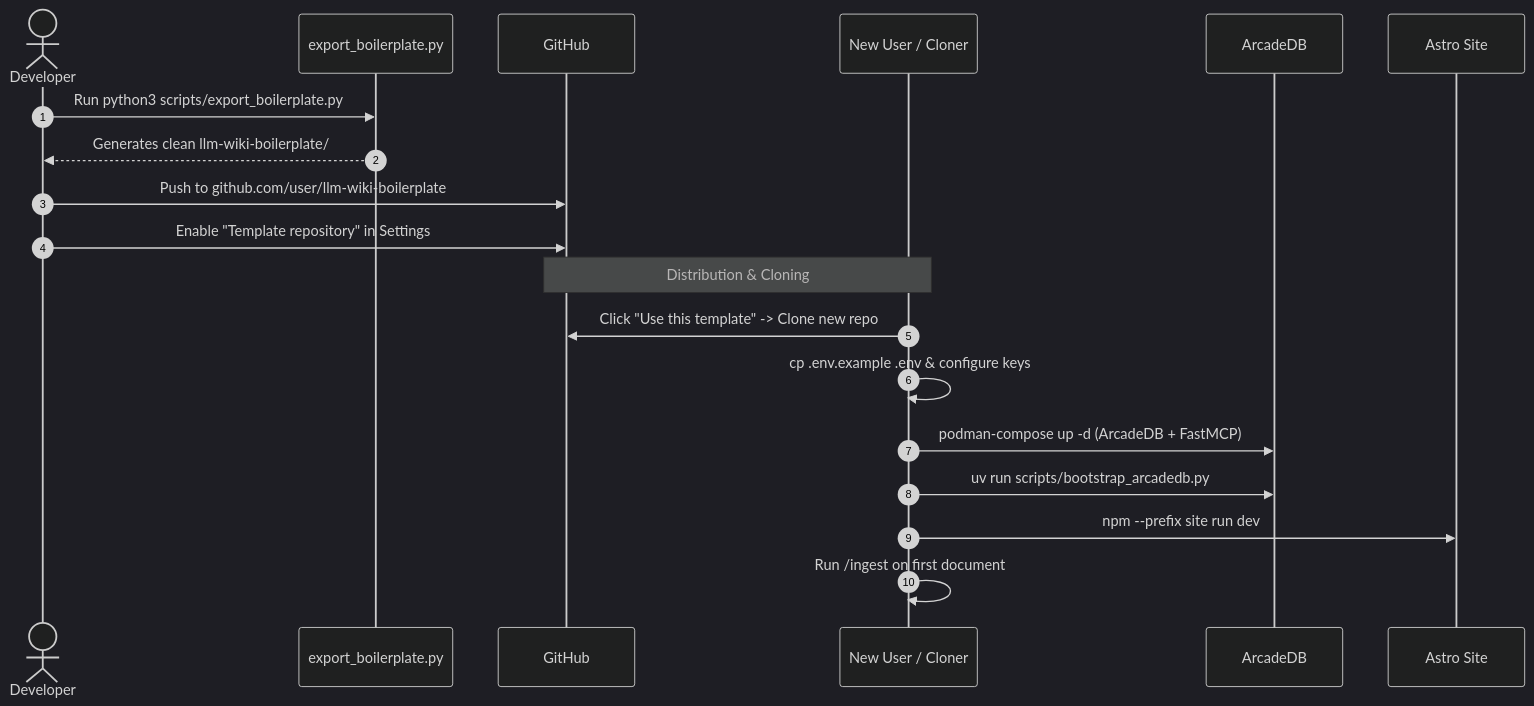
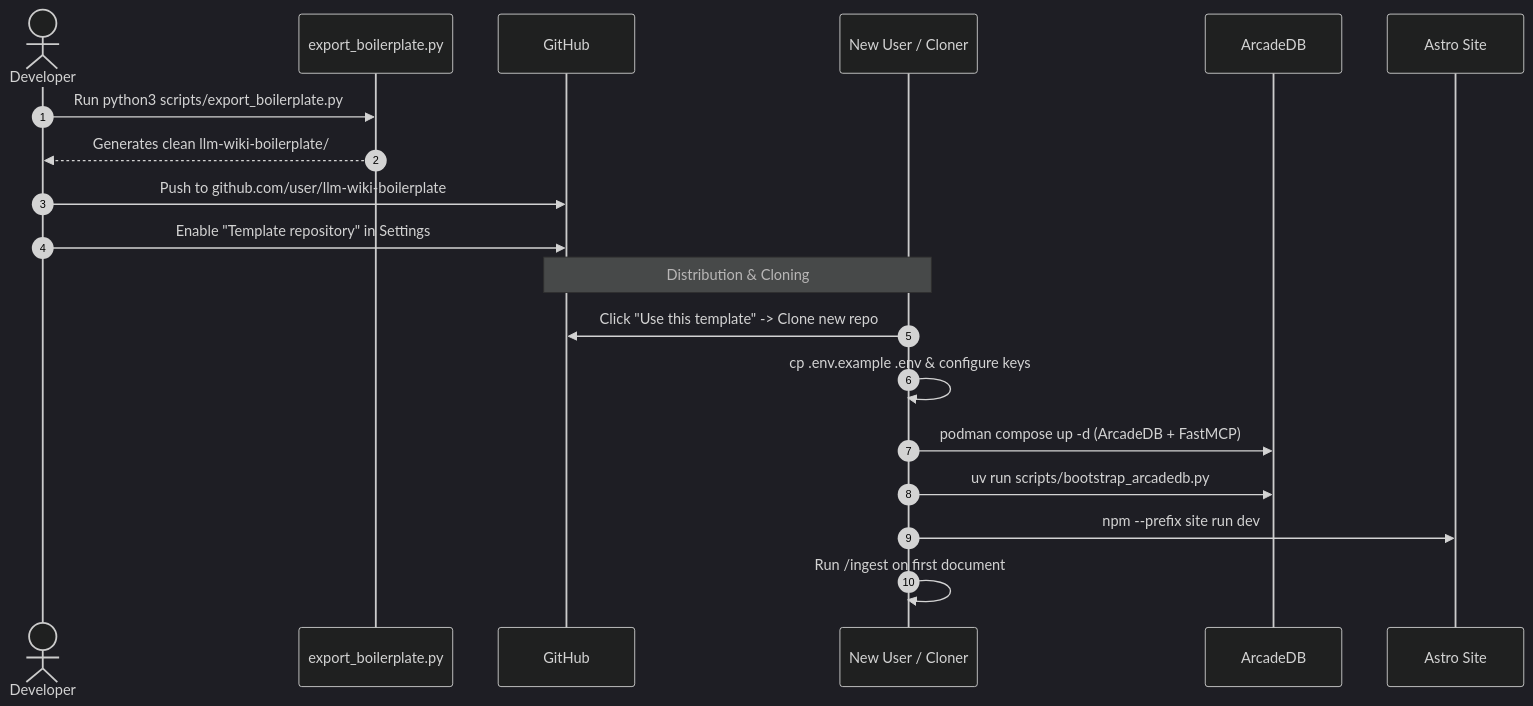
Before and after one commit to litznerski/llm-wiki-news: the second of 3 diagrams in setup/boilerplate_architecture_and_clean_clone_guide.md, drawn with Mermaid (dark theme). The commit also changed other lines of this file and 6 other files, not shown here.

Commit message:
Updated the compose commands across the repository to use podman compose

````diff
--- a/setup/boilerplate_architecture_and_clean_clone_guide.md
+++ b/setup/boilerplate_architecture_and_clean_clone_guide.md
@@ -478,23 +478,23 @@
 ```mermaid
 sequenceDiagram
     autonumber
     actor Dev as Developer
     participant Script as export_boilerplate.py
     participant Git as GitHub
     participant User as New User / Cloner
     participant DB as ArcadeDB
     participant Astro as Astro Site
 
     Dev->>Script: Run python3 scripts/export_boilerplate.py
     Script-->>Dev: Generates clean llm-wiki-boilerplate/
     Dev->>Git: Push to github.com/user/llm-wiki-boilerplate
     Dev->>Git: Enable "Template repository" in Settings
 
     Note over Git,User: Distribution & Cloning
     User->>Git: Click "Use this template" -> Clone new repo
     User->>User: cp .env.example .env & configure keys
-    User->>DB: podman-compose up -d (ArcadeDB + FastMCP)
+    User->>DB: podman compose up -d (ArcadeDB + FastMCP)
     User->>DB: uv run scripts/bootstrap_arcadedb.py
     User->>Astro: npm --prefix site run dev
     User->>User: Run /ingest on first document
 ```
````
